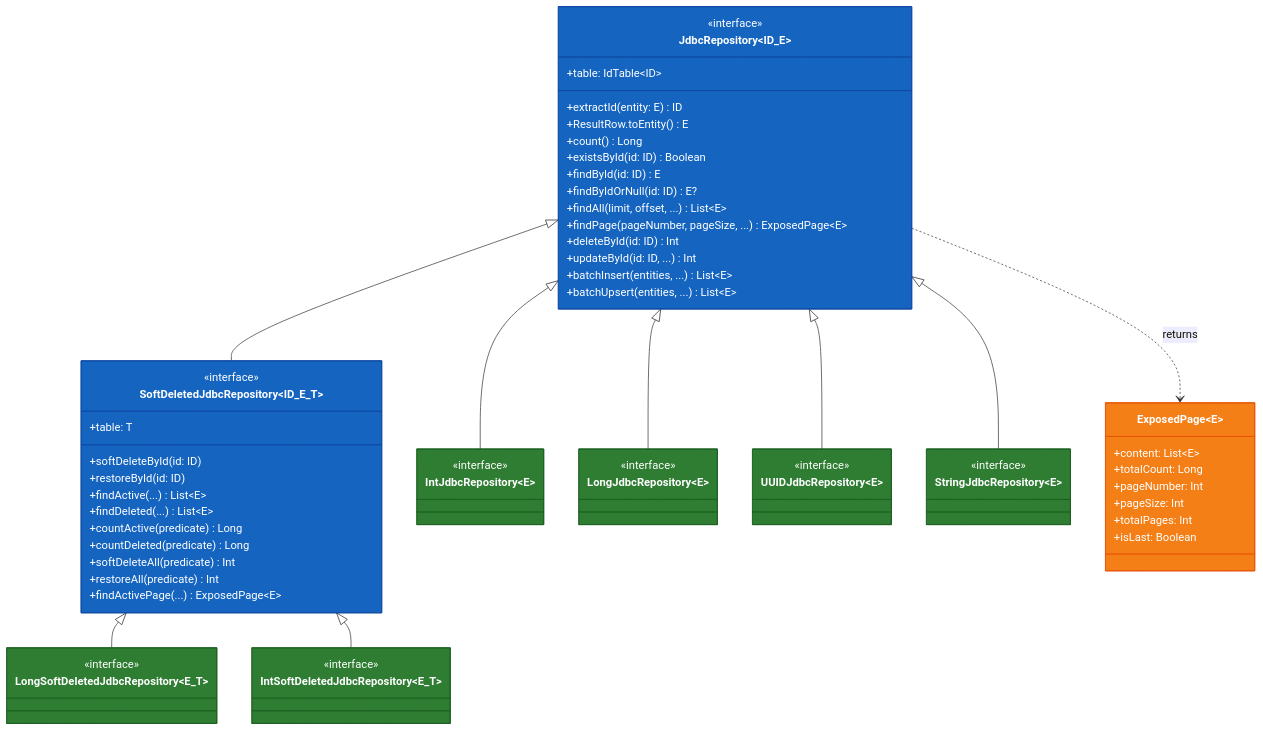
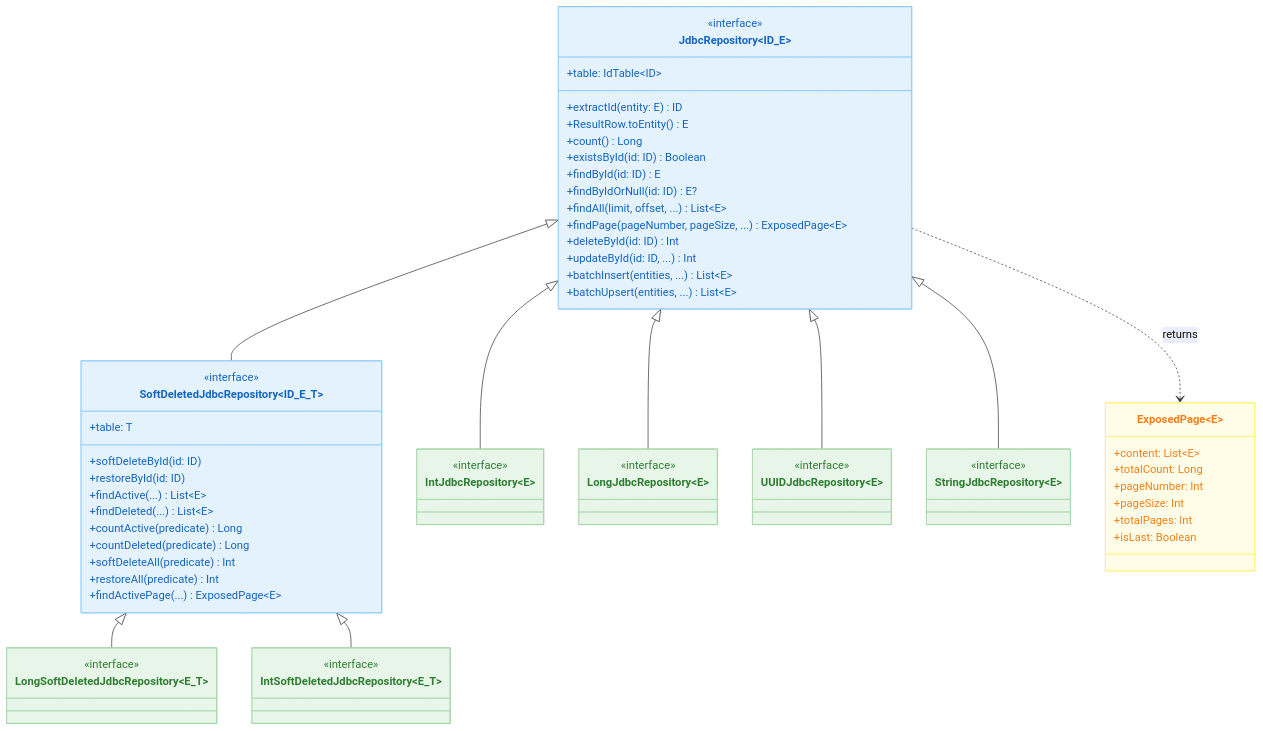
Before and after one commit to bluetape4k/bluetape4k-projects: the third of 6 diagrams in data/exposed-jdbc/README.ko.md, drawn with Mermaid. The commit also changed other lines of this file and 219 other files, not shown here.

First line of the commit message:
docs: 전체 README Mermaid 다이어그램 가이드 적용

````diff
--- a/data/exposed-jdbc/README.ko.md
+++ b/data/exposed-jdbc/README.ko.md
@@ -532,13 +526,13 @@
 SoftDeletedJdbcRepository <|-- IntSoftDeletedJdbcRepository
 JdbcRepository ..> ExposedPage: returns
 
-    style JdbcRepository fill:#1565C0,stroke:#0D47A1,color:#FFFFFF
-    style SoftDeletedJdbcRepository fill:#1565C0,stroke:#0D47A1,color:#FFFFFF
-    style IntJdbcRepository fill:#2E7D32,stroke:#1B5E20,color:#FFFFFF
-    style LongJdbcRepository fill:#2E7D32,stroke:#1B5E20,color:#FFFFFF
-    style UUIDJdbcRepository fill:#2E7D32,stroke:#1B5E20,color:#FFFFFF
-    style StringJdbcRepository fill:#2E7D32,stroke:#1B5E20,color:#FFFFFF
-    style LongSoftDeletedJdbcRepository fill:#2E7D32,stroke:#1B5E20,color:#FFFFFF
-    style IntSoftDeletedJdbcRepository fill:#2E7D32,stroke:#1B5E20,color:#FFFFFF
-    style ExposedPage fill:#F57F17,stroke:#E65100,color:#FFFFFF
+    style JdbcRepository fill:#E3F2FD,stroke:#90CAF9,color:#1565C0
+    style SoftDeletedJdbcRepository fill:#E3F2FD,stroke:#90CAF9,color:#1565C0
+    style IntJdbcRepository fill:#E8F5E9,stroke:#A5D6A7,color:#2E7D32
+    style LongJdbcRepository fill:#E8F5E9,stroke:#A5D6A7,color:#2E7D32
+    style UUIDJdbcRepository fill:#E8F5E9,stroke:#A5D6A7,color:#2E7D32
+    style StringJdbcRepository fill:#E8F5E9,stroke:#A5D6A7,color:#2E7D32
+    style LongSoftDeletedJdbcRepository fill:#E8F5E9,stroke:#A5D6A7,color:#2E7D32
+    style IntSoftDeletedJdbcRepository fill:#E8F5E9,stroke:#A5D6A7,color:#2E7D32
+    style ExposedPage fill:#FFFDE7,stroke:#FFF176,color:#F57F17
 ```
````
